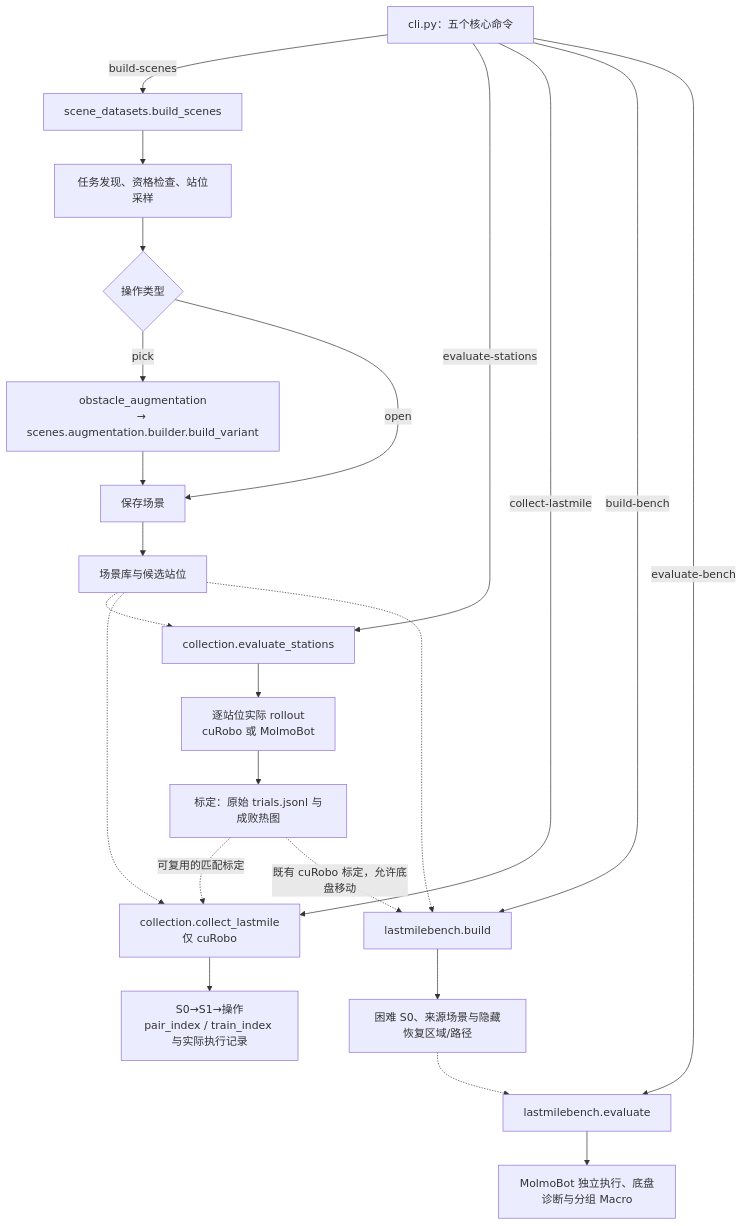
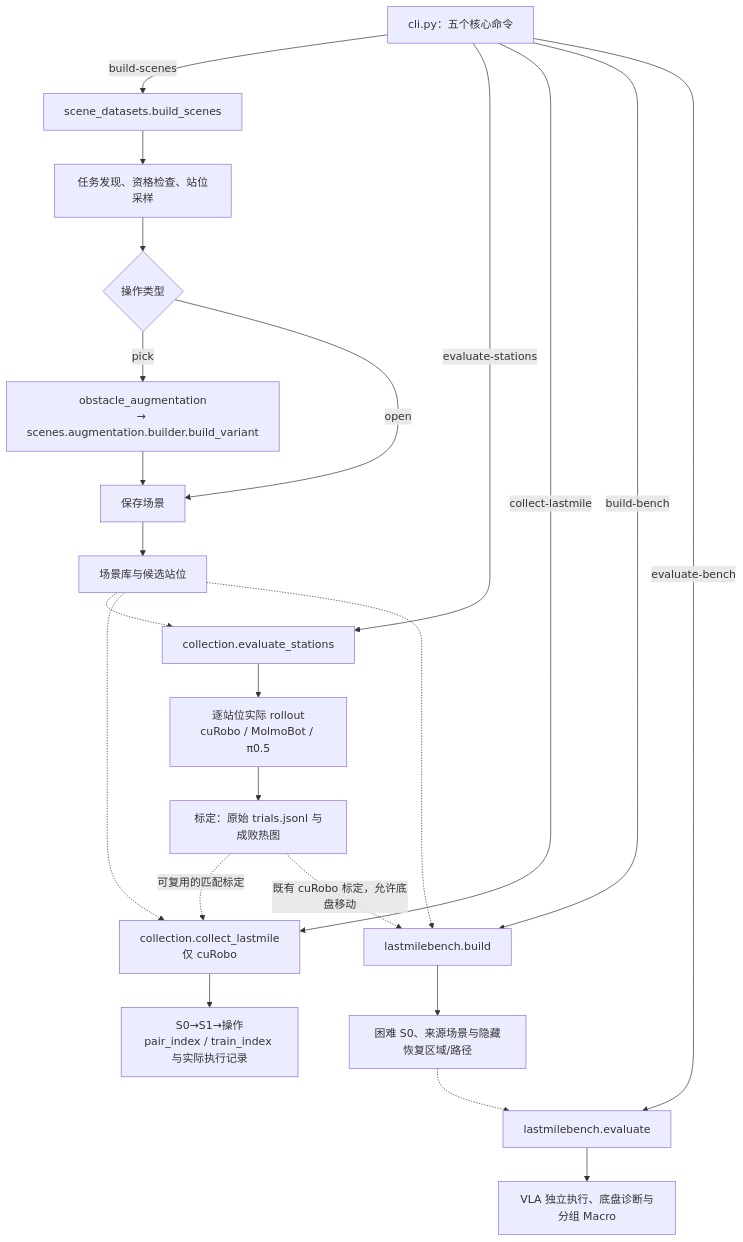
One commit to yifanwin/LastMileDataFlow changed the first of 2 diagrams in docs/architecture.md. Above: the diagram before and after it, drawn with Mermaid. The commit also changed other lines of this file and 75 other files, not shown here.

````diff
--- a/docs/architecture.md
+++ b/docs/architecture.md
@@ -88,29 +89,29 @@
 ```mermaid
 flowchart TD
     CLI["cli.py：五个核心命令"]
     CLI -->|build-scenes| BUILD["scene_datasets.build_scenes"]
     BUILD --> DISC["任务发现、资格检查、站位采样"]
     DISC --> KIND{"操作类型"}
     KIND -->|pick| AUG["obstacle_augmentation<br/>→ scenes.augmentation.builder.build_variant"]
     KIND -->|open| SAVE["保存场景"]
     AUG --> SAVE
     SAVE --> DATASET["场景库与候选站位"]
 
     CLI -->|evaluate-stations| EVAL["collection.evaluate_stations"]
     DATASET -.-> EVAL
-    EVAL --> TRIALS["逐站位实际 rollout<br/>cuRobo 或 MolmoBot"]
+    EVAL --> TRIALS["逐站位实际 rollout<br/>cuRobo / MolmoBot / π0.5"]
     TRIALS --> CAL["标定：原始 trials.jsonl 与成败热图"]
 
     CLI -->|collect-lastmile| COLLECT["collection.collect_lastmile<br/>仅 cuRobo"]
     DATASET -.-> COLLECT
     CAL -.->|可复用的匹配标定| COLLECT
     COLLECT --> EPISODES["S0→S1→操作<br/>pair_index / train_index 与实际执行记录"]
 
     CLI -->|build-bench| BENCH["lastmilebench.build"]
     DATASET -.-> BENCH
     CAL -.->|既有 cuRobo 标定，允许底盘移动| BENCH
     BENCH --> NATIVE["困难 S0、来源场景与隐藏恢复区域/路径"]
     CLI -->|evaluate-bench| POLICY["lastmilebench.evaluate"]
     NATIVE -.-> POLICY
-    POLICY --> RESULT["MolmoBot 独立执行、底盘诊断与分组 Macro"]
+    POLICY --> RESULT["VLA 独立执行、底盘诊断与分组 Macro"]
 ```
````
